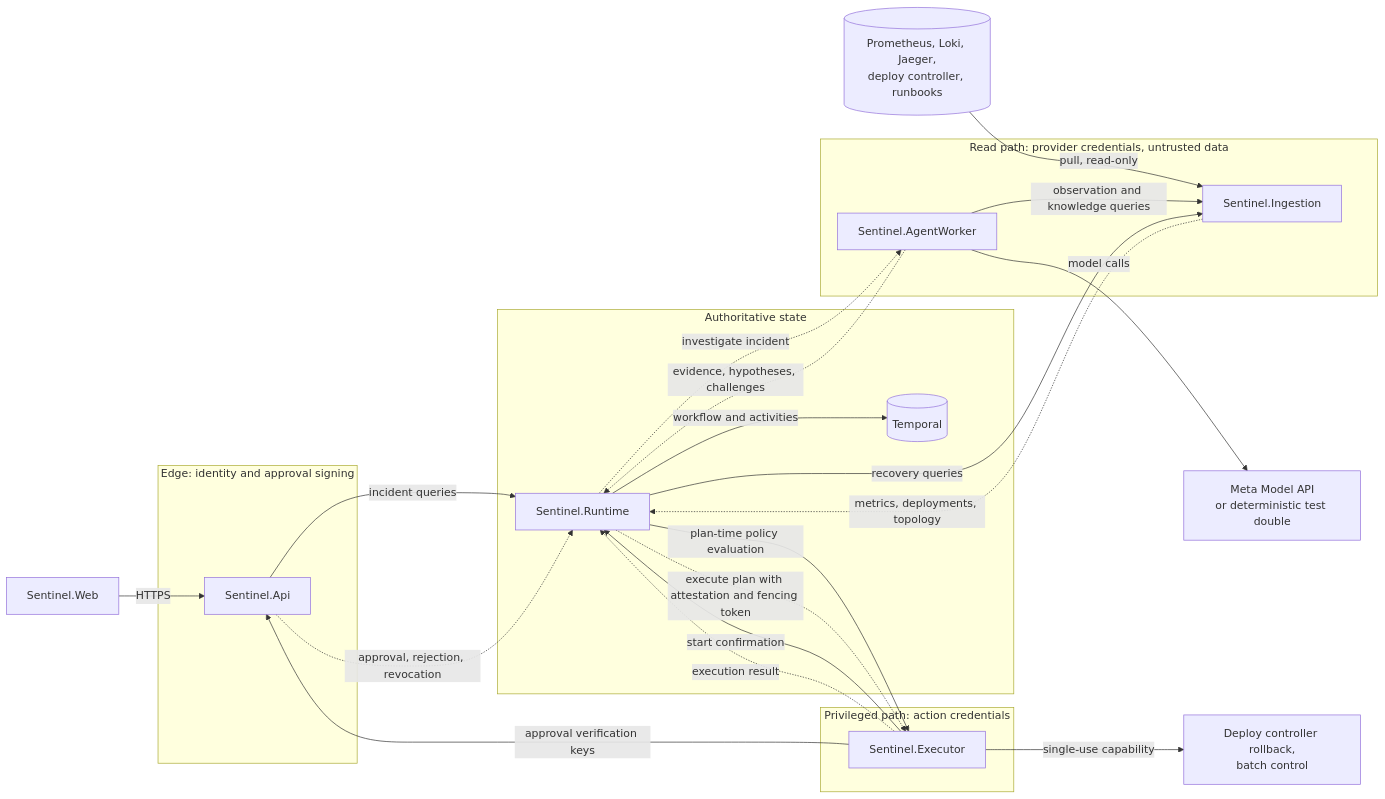
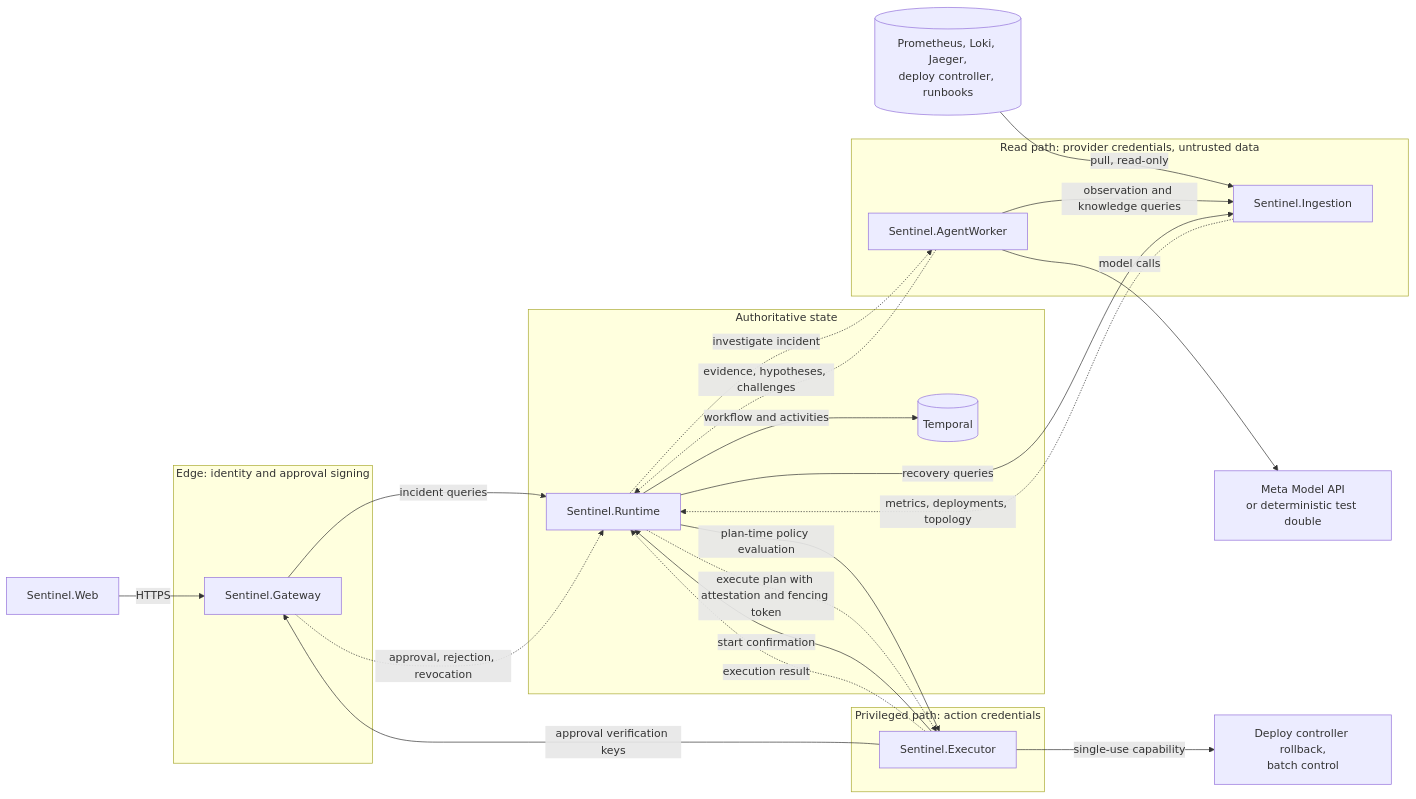
Before and after one commit to Psingle20/Sentinel: the third of 9 diagrams in README.md, drawn with Mermaid. The commit also changed other lines of this file and 188 other files, not shown here.

````diff
--- a/README.md
+++ b/README.md
@@ -140,44 +140,44 @@
 ```mermaid
 flowchart LR
     web["Sentinel.Web"]
 
     subgraph edgezone["Edge: identity and approval signing"]
-        api["Sentinel.Api"]
+        api["Sentinel.Gateway"]
     end
 
     subgraph readzone["Read path: provider credentials, untrusted data"]
         ingestion["Sentinel.Ingestion"]
         agentworker["Sentinel.AgentWorker"]
     end
 
     subgraph corezone["Authoritative state"]
         runtime["Sentinel.Runtime"]
         temporal[("Temporal")]
     end
 
     subgraph actzone["Privileged path: action credentials"]
         executor["Sentinel.Executor"]
     end
 
     telemetry[("Prometheus, Loki, Jaeger,<br/>deploy controller, runbooks")]
     model["Meta Model API<br/>or deterministic test double"]
     targets["Deploy controller rollback,<br/>batch control"]
 
     web -->|"HTTPS"| api
     api -->|"incident queries"| runtime
     api -.->|"approval, rejection, revocation"| runtime
     telemetry -->|"pull, read-only"| ingestion
     ingestion -.->|"metrics, deployments, topology"| runtime
     runtime -.->|"investigate incident"| agentworker
     agentworker -->|"observation and knowledge queries"| ingestion
     agentworker -->|"model calls"| model
     agentworker -.->|"evidence, hypotheses, challenges"| runtime
     runtime -->|"workflow and activities"| temporal
     runtime -->|"recovery queries"| ingestion
     runtime -->|"plan-time policy evaluation"| executor
     runtime -.->|"execute plan with attestation and fencing token"| executor
     executor -->|"start confirmation"| runtime
     executor -->|"approval verification keys"| api
     executor -->|"single-use capability"| targets
     executor -.->|"execution result"| runtime
 ```
````
